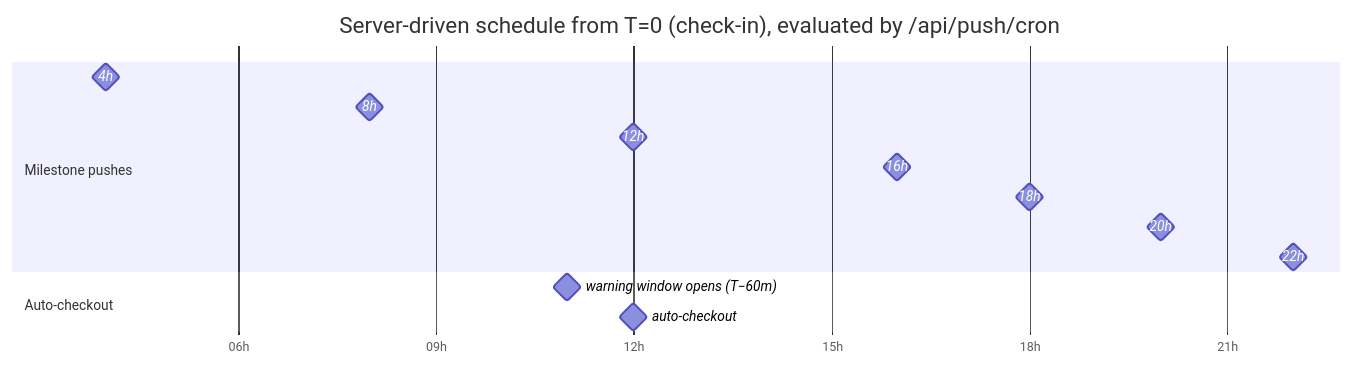
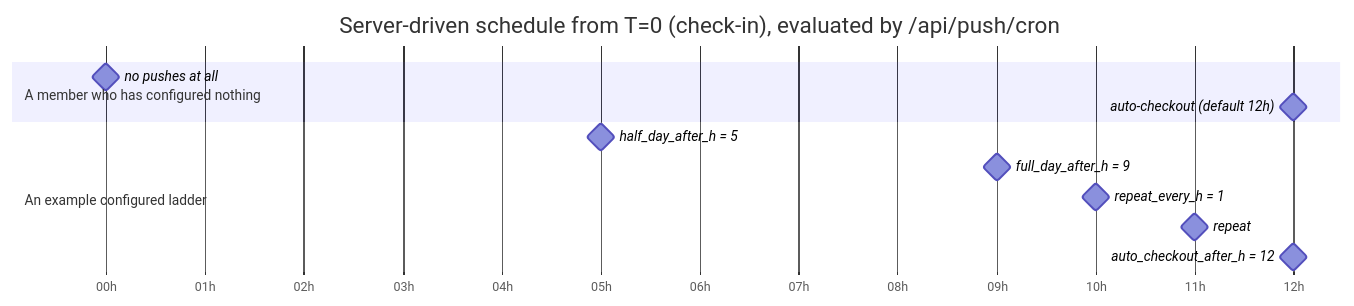
One commit to ksharma20/checkmark changed the third of 6 diagrams in docs/architecture/checkin-flow.md. Above: the diagram before and after it, drawn with Mermaid. The commit also changed other lines of this file and 55 other files, not shown here.

Commit message:
feat: make reminders and session ladder member-configured schedules

````diff
--- a/docs/architecture/checkin-flow.md
+++ b/docs/architecture/checkin-flow.md
@@ -104,19 +110,17 @@
 ```mermaid
 gantt
   title Server-driven schedule from T=0 (check-in), evaluated by /api/push/cron
   dateFormat HH:mm
   axisFormat %Hh
 
-  section Milestone pushes
-  4h     :milestone, 04:00, 0m
-  8h     :milestone, 08:00, 0m
-  12h    :milestone, 12:00, 0m
-  16h    :milestone, 16:00, 0m
-  18h    :milestone, 18:00, 0m
-  20h    :milestone, 20:00, 0m
-  22h    :milestone, 22:00, 0m
+  section A member who has configured nothing
+  no pushes at all            :milestone, 00:00, 0m
+  auto-checkout (default 12h) :milestone, 12:00, 0m
 
-  section Auto-checkout
-  warning window opens (T−60m) :milestone, 11:00, 0m
-  auto-checkout                :milestone, 12:00, 0m
+  section An example configured ladder
+  half_day_after_h = 5    :milestone, 05:00, 0m
+  full_day_after_h = 9    :milestone, 09:00, 0m
+  repeat_every_h = 1      :milestone, 10:00, 0m
+  repeat                  :milestone, 11:00, 0m
+  auto_checkout_after_h = 12 :milestone, 12:00, 0m
 ```
````
